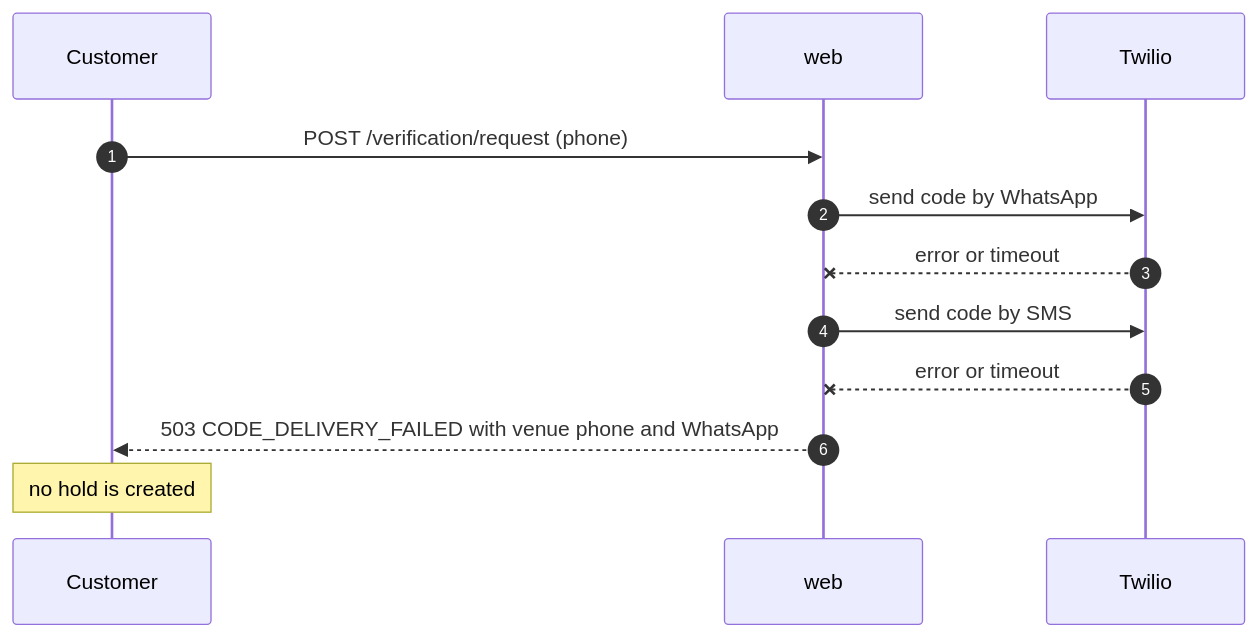
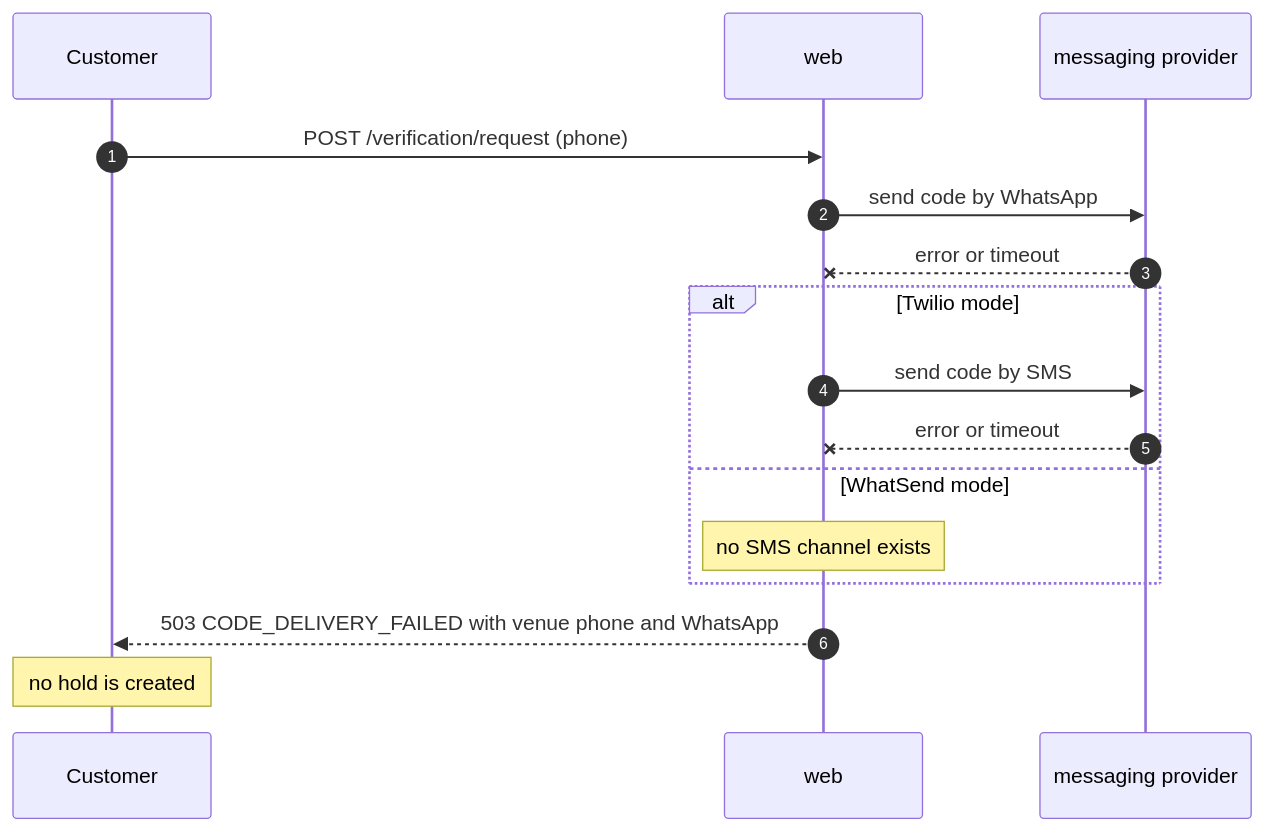
The fifth of 5 diagrams in docs/architecture/flows.md (ZamzamMasjid/wesal), drawn with Mermaid before and after one commit. The commit also changed other lines of this file and 15 other files, not shown here.

First line of the commit message:
docs: reconcile the architecture with the WhatSend provider:

````diff
--- a/docs/architecture/flows.md
+++ b/docs/architecture/flows.md
@@ -131,14 +131,18 @@
 ```mermaid
 sequenceDiagram
   autonumber
   participant C as Customer
   participant W as web
-  participant T as Twilio
+  participant M as messaging provider
   C->>W: POST /verification/request (phone)
-  W->>T: send code by WhatsApp
-  T--xW: error or timeout
-  W->>T: send code by SMS
-  T--xW: error or timeout
+  W->>M: send code by WhatsApp
+  M--xW: error or timeout
+  alt Twilio mode
+    W->>M: send code by SMS
+    M--xW: error or timeout
+  else WhatSend mode
+    Note over W: no SMS channel exists
+  end
   W-->>C: 503 CODE_DELIVERY_FAILED with venue phone and WhatsApp
   Note over C: no hold is created
 ```
````
